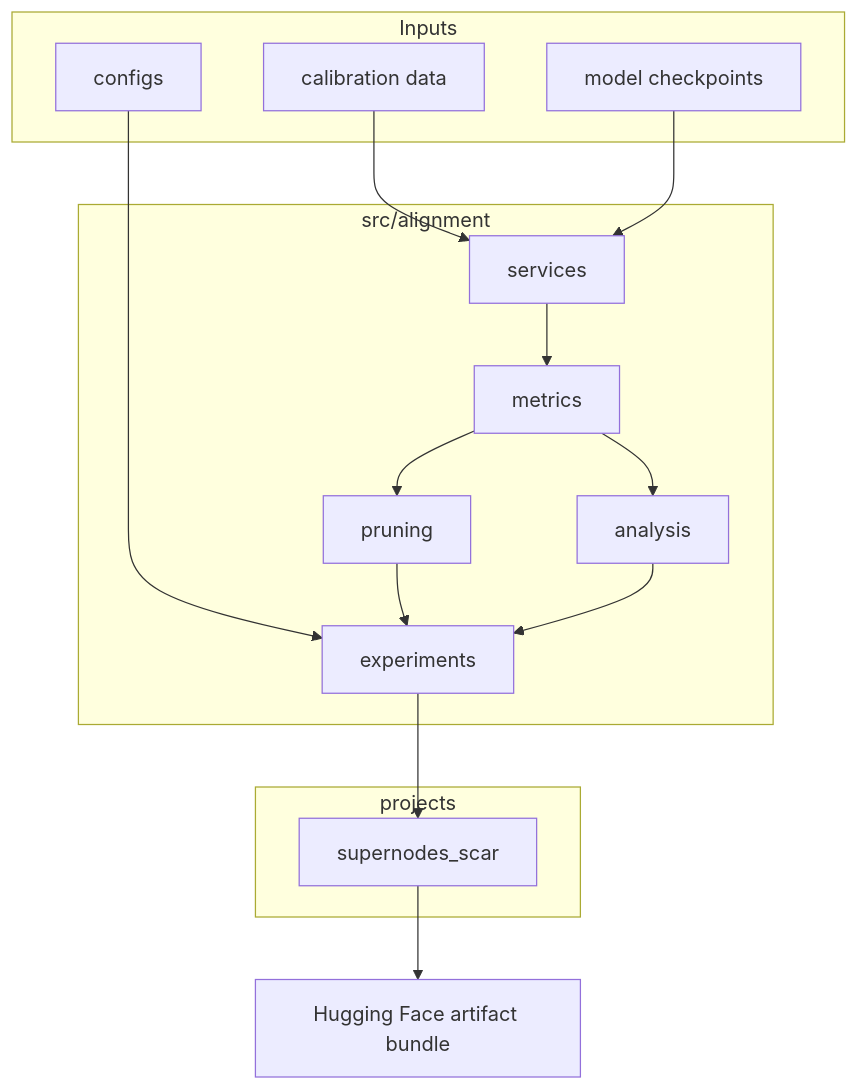
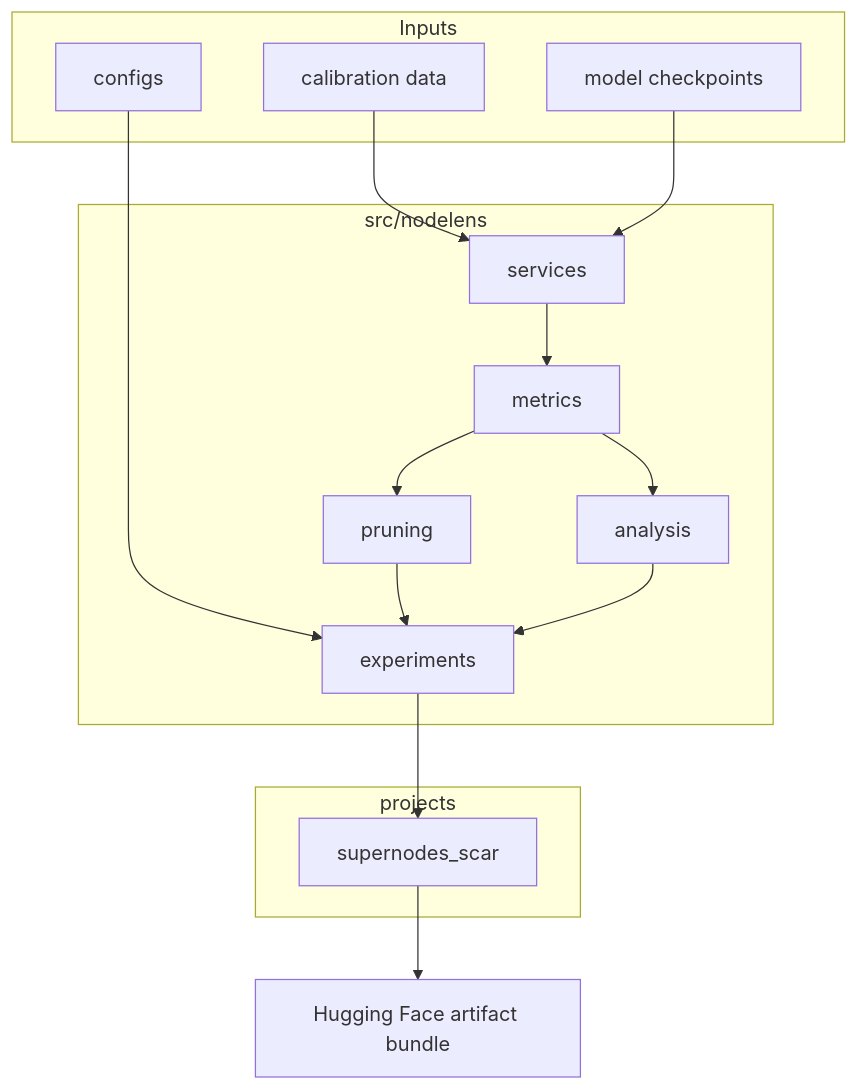
Before and after one commit to KempnerInstitute/nodelens: the first of 2 diagrams in docs/ARCHITECTURE.md, drawn with Mermaid. The commit also changed other lines of this file and 629 other files, not shown here.

````diff
--- a/docs/ARCHITECTURE.md
+++ b/docs/ARCHITECTURE.md
@@ -7,31 +7,31 @@
 ```mermaid
 flowchart TB
-    subgraph Library[src/alignment]
+    subgraph Library[src/nodelens]
         M[metrics]
         P[pruning]
         E[experiments]
         A[analysis]
         S[services]
     end
 
     subgraph Inputs[Inputs]
         C[configs]
         D[calibration data]
         N[model checkpoints]
     end
 
     subgraph Projects[projects]
         R[supernodes_scar]
     end
 
     C --> E
     D --> S
     N --> S
     S --> M
     M --> P
     M --> A
     P --> E
     A --> E
     E --> R
     R --> H[Hugging Face artifact bundle]
 ```
````
